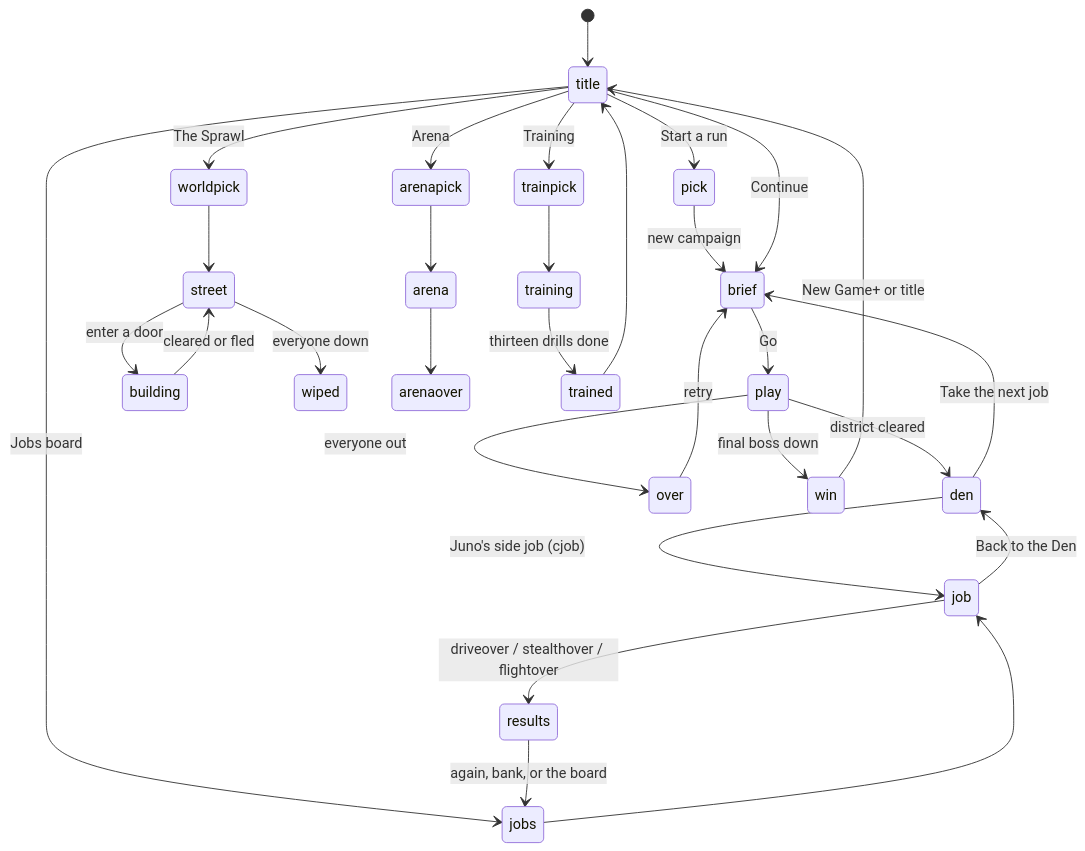
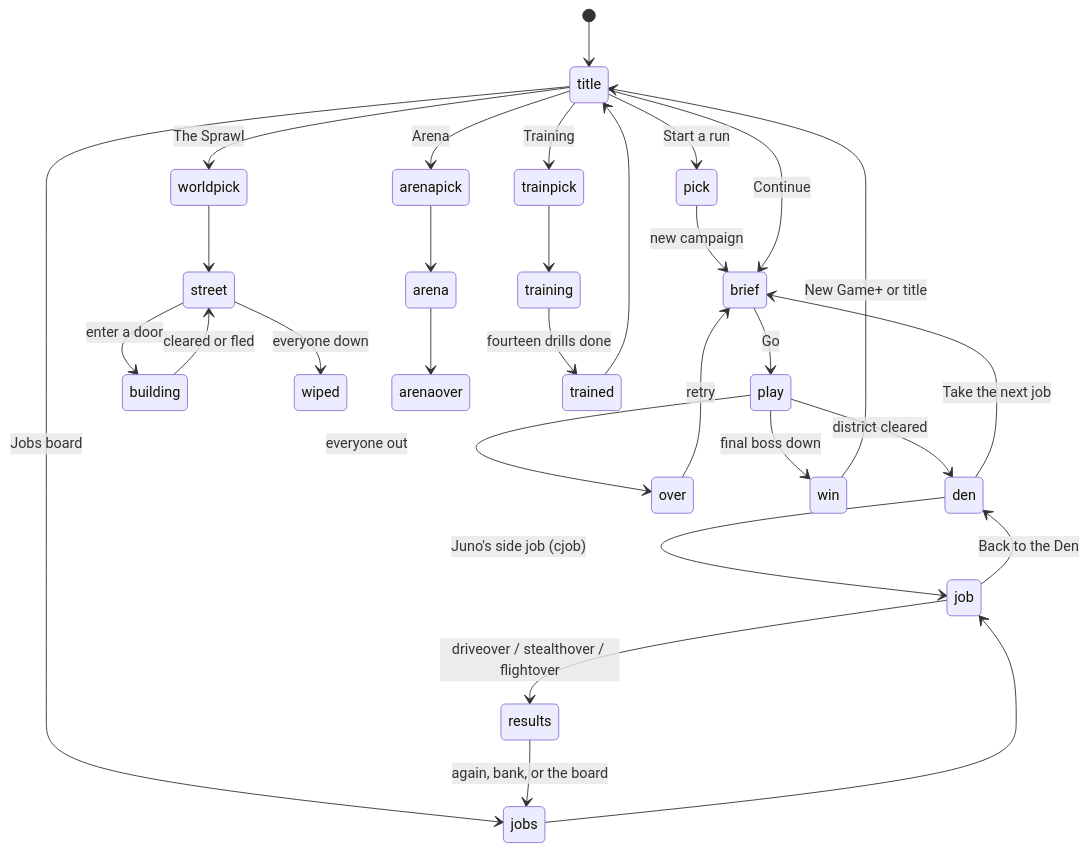
The diagram in docs/wiki/Game-Modes.md (CptNope/Cyber-City-Tactics), drawn with Mermaid before and after one commit. The commit also changed other lines of this file and 26 other files, not shown here.

````diff
--- a/docs/wiki/Game-Modes.md
+++ b/docs/wiki/Game-Modes.md
@@ -5,32 +5,32 @@
 ```mermaid
 stateDiagram-v2
   [*] --> title
   title --> pick: Start a run
   pick --> brief: new campaign
   title --> brief: Continue
   brief --> play: Go
   play --> den: district cleared
   den --> brief: Take the next job
   den --> job: Juno's side job (cjob)
   job --> den: Back to the Den
   play --> over: everyone out
   over --> brief: retry
   play --> win: final boss down
   win --> title: New Game+ or title
   title --> worldpick: The Sprawl
   worldpick --> street
   street --> building: enter a door
   building --> street: cleared or fled
   street --> wiped: everyone down
   title --> arenapick: Arena
   arenapick --> arena
   arena --> arenaover
   title --> jobs: Jobs board
   jobs --> job
   job --> results: driveover / stealthover / flightover
   results --> jobs: again, bank, or the board
   title --> trainpick: Training
   trainpick --> training
-  training --> trained: thirteen drills done
+  training --> trained: fourteen drills done
   trained --> title
 ```
````
